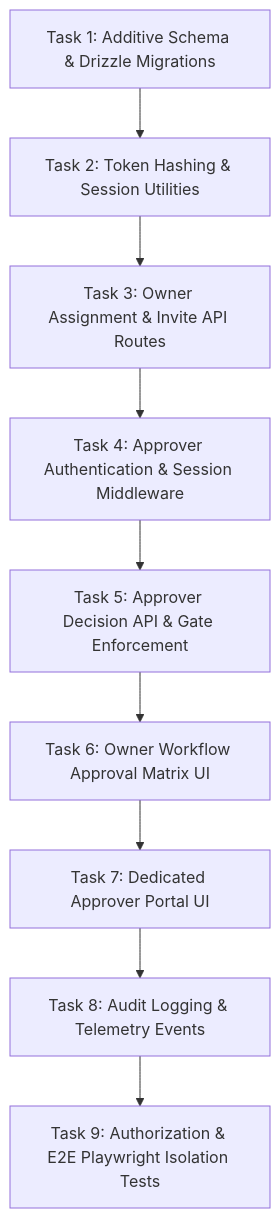
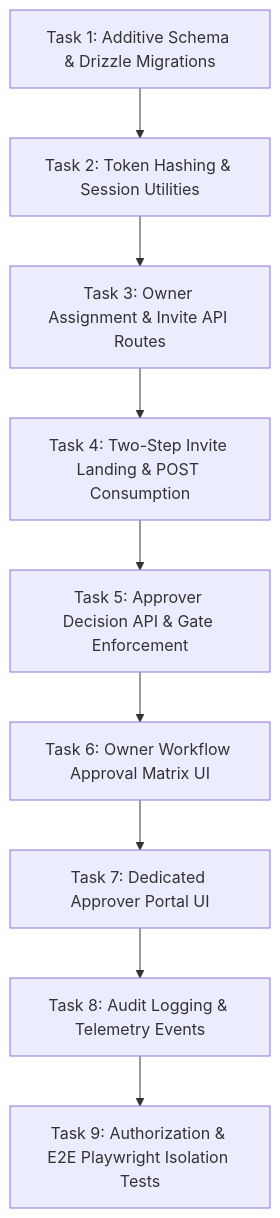
One commit to Rujul13/pactline-contract-collaboration changed the diagram in docs/superpowers/plans/2026-08-21-delegated-approvals-phase-three-plan.md. Above: the diagram before and after it, drawn with Mermaid. The commit also changed other lines of this file and 1 other file, not shown here.

Commit message:
Revise Phase 3 design: 24h invite expiry, 30m inactivity session timeout, separate approval_assignments table, org-scoped approvers, two-step GET/POST invite consumption, and immutable version history

````diff
--- a/docs/superpowers/plans/2026-08-21-delegated-approvals-phase-three-plan.md
+++ b/docs/superpowers/plans/2026-08-21-delegated-approvals-phase-three-plan.md
@@ -12,11 +12,11 @@
 ```mermaid
 graph TD
     T1[Task 1: Additive Schema & Drizzle Migrations] --> T2[Task 2: Token Hashing & Session Utilities]
     T2 --> T3[Task 3: Owner Assignment & Invite API Routes]
-    T3 --> T4[Task 4: Approver Authentication & Session Middleware]
+    T3 --> T4[Task 4: Two-Step Invite Landing & POST Consumption]
     T4 --> T5[Task 5: Approver Decision API & Gate Enforcement]
     T5 --> T6[Task 6: Owner Workflow Approval Matrix UI]
     T6 --> T7[Task 7: Dedicated Approver Portal UI]
     T7 --> T8[Task 8: Audit Logging & Telemetry Events]
     T8 --> T9[Task 9: Authorization & E2E Playwright Isolation Tests]
 ```
````
